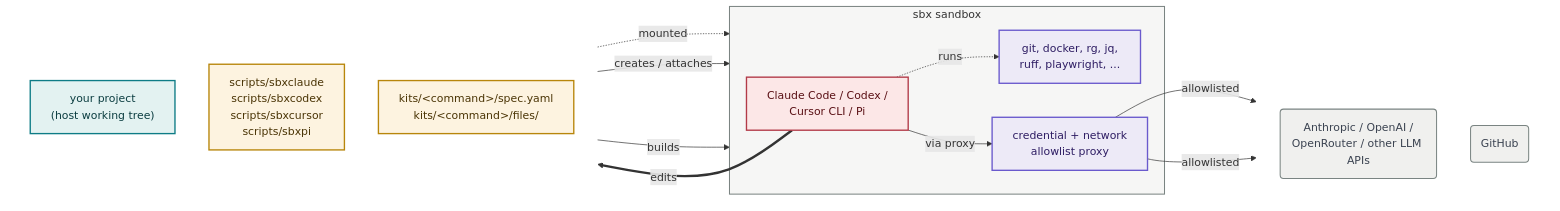
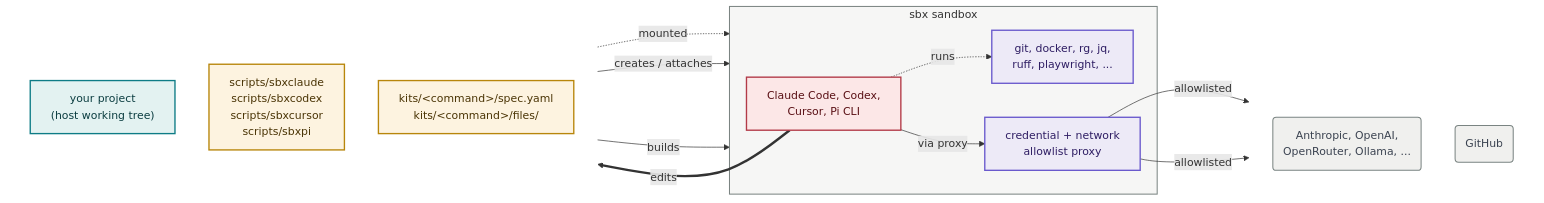
The diagram in README.md (lars20070/sbxagent), drawn with Mermaid before and after one commit. The commit also changed other lines of this file and 4 other files, not shown here.

````diff
--- a/README.md
+++ b/README.md
@@ -19,43 +19,43 @@
 ```mermaid
 flowchart LR
   subgraph IN[" "]
     direction TB
     PROJ["your project<br/>(host working tree)"]
     DRV["scripts/sbxclaude<br/>scripts/sbxcodex<br/>scripts/sbxcursor<br/>scripts/sbxpi"]
     KIT["kits/&lt;command&gt;/spec.yaml<br/>kits/&lt;command&gt;/files/"]
   end
 
   subgraph VM["sbx sandbox"]
-    AGENT["Claude Code / Codex /<br/>Cursor CLI / Pi"]
+    AGENT["Claude Code, Codex,<br/>Cursor, Pi CLI"]
     TOOLS["git, docker, rg, jq,<br/>ruff, playwright, ..."]
     PROXY["credential + network<br/>allowlist proxy"]
   end
 
   subgraph NET[" "]
     direction TB
-    LLM("Anthropic / OpenAI /<br/>OpenRouter / other LLM APIs")
+    LLM("Anthropic, OpenAI, <br/>OpenRouter, Ollama, ...")
     GH("GitHub")
   end
 
   PROJ -.->|"mounted"| VM
   DRV -->|"creates / attaches"| VM
   KIT -->|"builds"| VM
   AGENT -.->|"runs"| TOOLS
   AGENT -->|"via proxy"| PROXY
   PROXY -->|"allowlisted"| LLM & GH
   AGENT ==>|"edits"| PROJ
 
   classDef data    fill:#E3F2F1,stroke:#0E7C86,stroke-width:2px,color:#0B3D40
   classDef host    fill:#FDF3E0,stroke:#B8860B,stroke-width:2px,color:#4A3405
   classDef helper  fill:#EDEAF7,stroke:#6A5ACD,stroke-width:2px,color:#2E1D63
   classDef agent   fill:#FCE7E7,stroke:#B23A48,stroke-width:2px,color:#5A1015
   classDef ext     fill:#F0F0EE,stroke:#7A8482,stroke-width:1.5px,color:#3A4250
   class PROJ data
   class KIT,DRV host
   class TOOLS,PROXY helper
   class AGENT agent
   class GH,LLM ext
   style VM fill:#F6F6F5,stroke:#7A8482,stroke-width:1.5px
   style IN fill:none,stroke:none
   style NET fill:none,stroke:none
 ```
````
